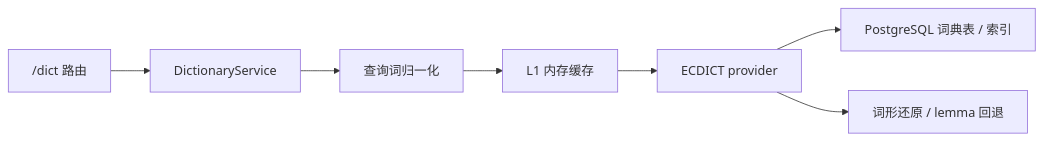
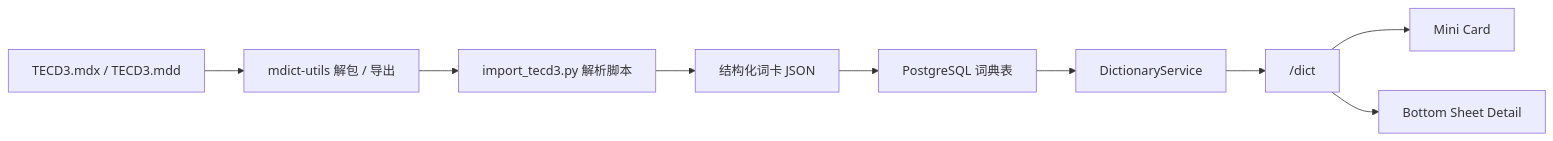
One commit to NanProduced/interpretation-of-english-articles changed the diagram in docs/architecture/ecdict-local-dictionary-integration.md. Above: the diagram before and after it, drawn with Mermaid. The commit also changed other lines of this file and 56 other files, not shown here.

````diff
--- a/docs/architecture/ecdict-local-dictionary-integration.md
+++ b/docs/architecture/ecdict-local-dictionary-integration.md
@@ -167,9 +104,11 @@
 ```mermaid
 flowchart LR
-  A["/dict 路由"] --> B["DictionaryService"]
-  B --> C["查询词归一化"]
-  C --> D["L1 内存缓存"]
-  D --> E["ECDICT provider"]
-  E --> F["PostgreSQL 词典表 / 索引"]
-  E --> G["词形还原 / lemma 回退"]
+  A["TECD3.mdx / TECD3.mdd"] --> B["mdict-utils 解包 / 导出"]
+  B --> C["import_tecd3.py 解析脚本"]
+  C --> D["结构化词卡 JSON"]
+  D --> E["PostgreSQL 词典表"]
+  E --> F["DictionaryService"]
+  F --> G["/dict"]
+  G --> H["Mini Card"]
+  G --> I["Bottom Sheet Detail"]
 ```
````
